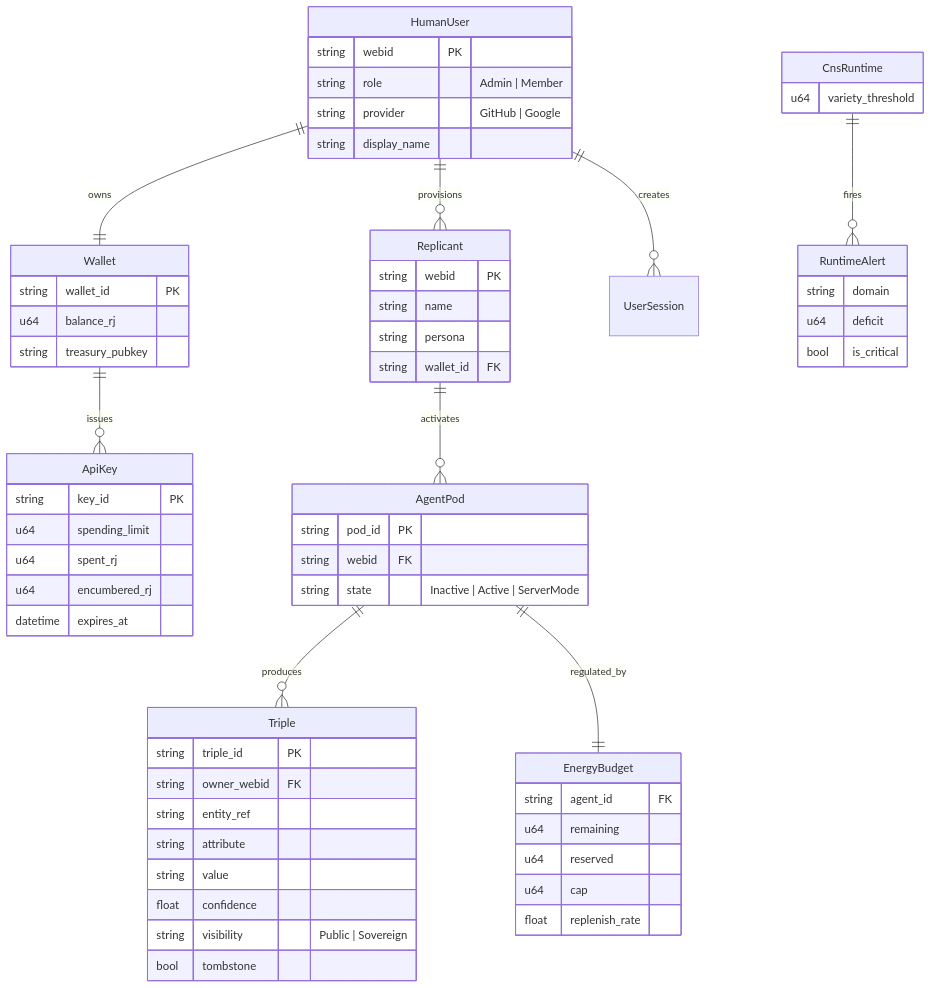
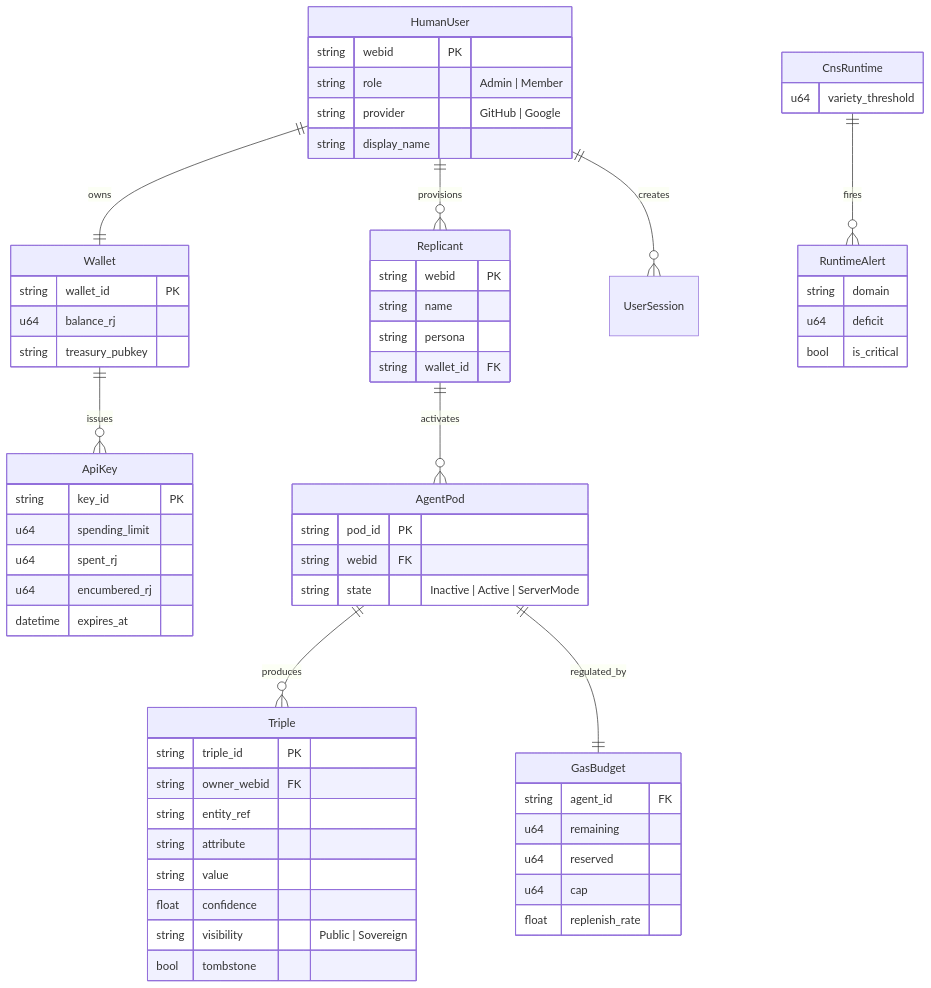
Before and after one commit to mdz-axo/hKask: diagram 12 of 14 in docs/architecture/core/FUNCTIONAL_SPECIFICATION.md, drawn with Mermaid. The commit also changed other lines of this file and 21 other files, not shown here.

Commit message:
Rename EnergyBudget to GasBudget across documentation

````diff
--- a/docs/architecture/core/FUNCTIONAL_SPECIFICATION.md
+++ b/docs/architecture/core/FUNCTIONAL_SPECIFICATION.md
@@ -1405,65 +1405,65 @@
 ```mermaid
 erDiagram
     HumanUser ||--o{ Replicant : provisions
     HumanUser ||--|| Wallet : owns
     HumanUser ||--o{ UserSession : creates
     HumanUser {
         string webid PK
         string role "Admin | Member"
         string provider "GitHub | Google"
         string display_name
     }
     Replicant {
         string webid PK
         string name
         string persona
         string wallet_id FK
     }
     Wallet {
         string wallet_id PK
         u64 balance_rj
         string treasury_pubkey
     }
     Wallet ||--o{ ApiKey : issues
     ApiKey {
         string key_id PK
         u64 spending_limit
         u64 spent_rj
         u64 encumbered_rj
         datetime expires_at
     }
     Replicant ||--o{ AgentPod : activates
     AgentPod {
         string pod_id PK
         string webid FK
         string state "Inactive | Active | ServerMode"
     }
     AgentPod ||--o{ Triple : produces
     Triple {
         string triple_id PK
         string owner_webid FK
         string entity_ref
         string attribute
         string value
         float confidence
         string visibility "Public | Sovereign"
         bool tombstone
     }
-    AgentPod ||--|| EnergyBudget : regulated_by
-    EnergyBudget {
+    AgentPod ||--|| GasBudget : regulated_by
+    GasBudget {
         string agent_id FK
         u64 remaining
         u64 reserved
         u64 cap
         float replenish_rate
     }
     CnsRuntime ||--o{ RuntimeAlert : fires
     CnsRuntime {
         u64 variety_threshold
     }
     RuntimeAlert {
         string domain
         u64 deficit
         bool is_critical
     }
 ```
````
